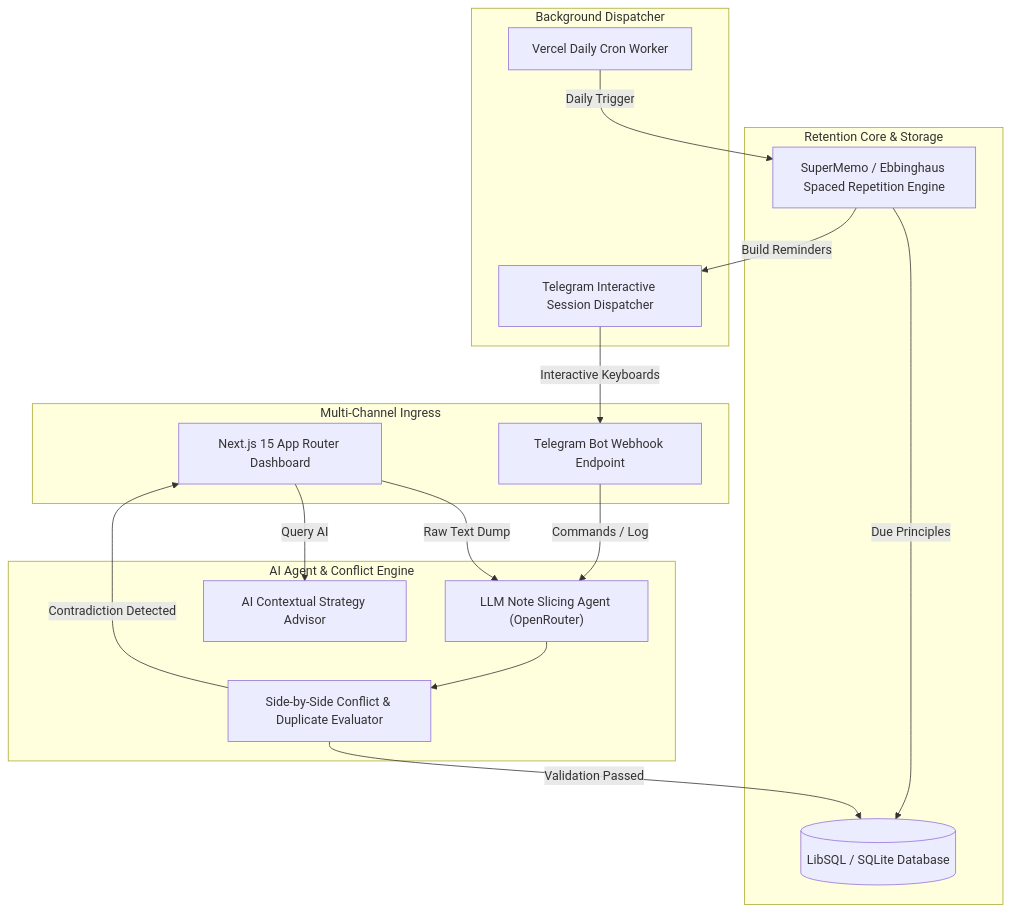
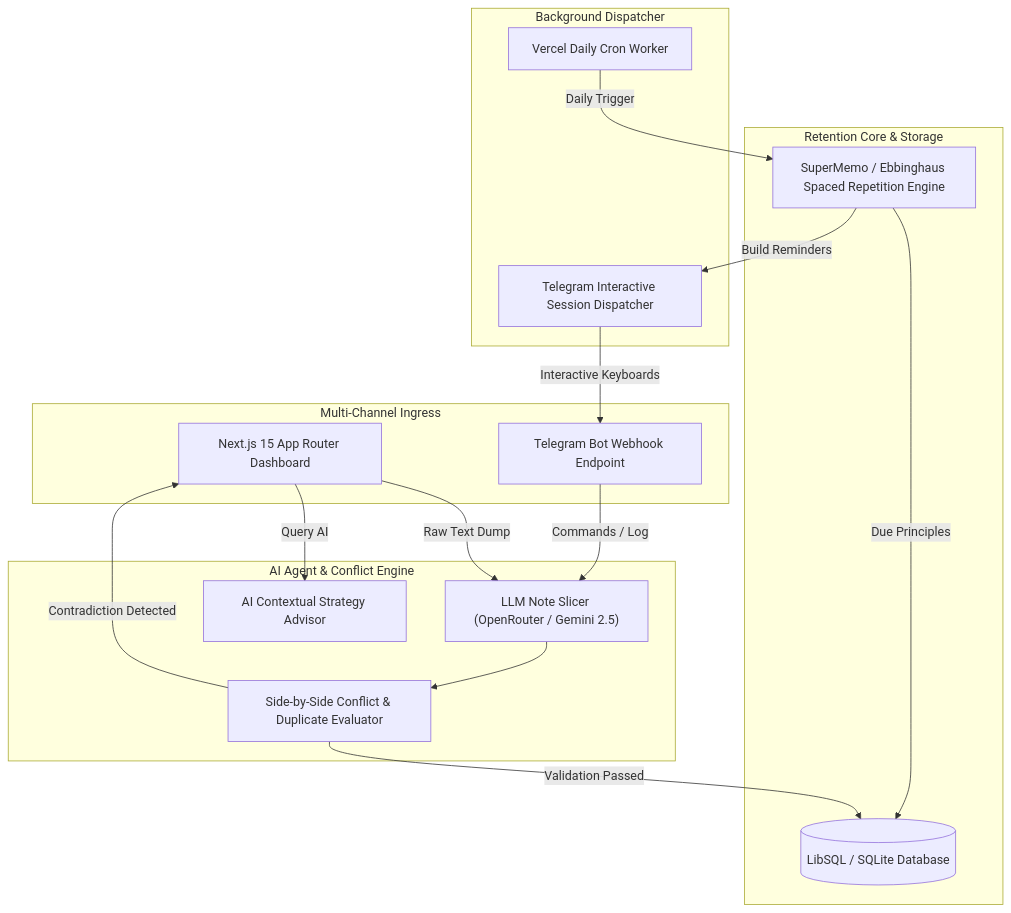
Before and after one commit to Ham144/Ham144: the second of 6 diagrams in README.md, drawn with Mermaid. The commit also changed other lines of this file, not shown here.

Commit message:
docs: deep architectural upgrade for all 6 projects - WQMS RedisIoAdapter, Super POS promo engine & crons, Spaced Retention LLM mode, Inventory Audit ioredis

````diff
--- a/README.md
+++ b/README.md
@@ -144,34 +144,34 @@
 ```mermaid
 graph TB
     subgraph Ingress_Layer["Multi-Channel Ingress"]
         Dashboard["Next.js 15 App Router Dashboard"]
         TG_Hook["Telegram Bot Webhook Endpoint"]
     end
 
     subgraph AI_Intelligence["AI Agent & Conflict Engine"]
-        Slicer["LLM Note Slicing Agent (OpenRouter)"]
+        Slicer["LLM Note Slicer (OpenRouter / Gemini 2.5)"]
         Guard["Side-by-Side Conflict & Duplicate Evaluator"]
         Consult["AI Contextual Strategy Advisor"]
     end
 
     subgraph Memory_Engine["Retention Core & Storage"]
         Spaced["SuperMemo / Ebbinghaus Spaced Repetition Engine"]
         DB[(LibSQL / SQLite Database)]
     end
 
     subgraph Automation["Background Dispatcher"]
         Cron["Vercel Daily Cron Worker"]
         Dispatch["Telegram Interactive Session Dispatcher"]
     end
 
     Dashboard -->|Raw Text Dump| Slicer
     TG_Hook -->|Commands / Log| Slicer
     Slicer --> Guard
     Guard -->|Validation Passed| DB
     Guard -->|Contradiction Detected| Dashboard
     Dashboard -->|Query AI| Consult
     Cron -->|Daily Trigger| Spaced
     Spaced -->|Due Principles| DB
     Spaced -->|Build Reminders| Dispatch
     Dispatch -->|Interactive Keyboards| TG_Hook
 ```
````
